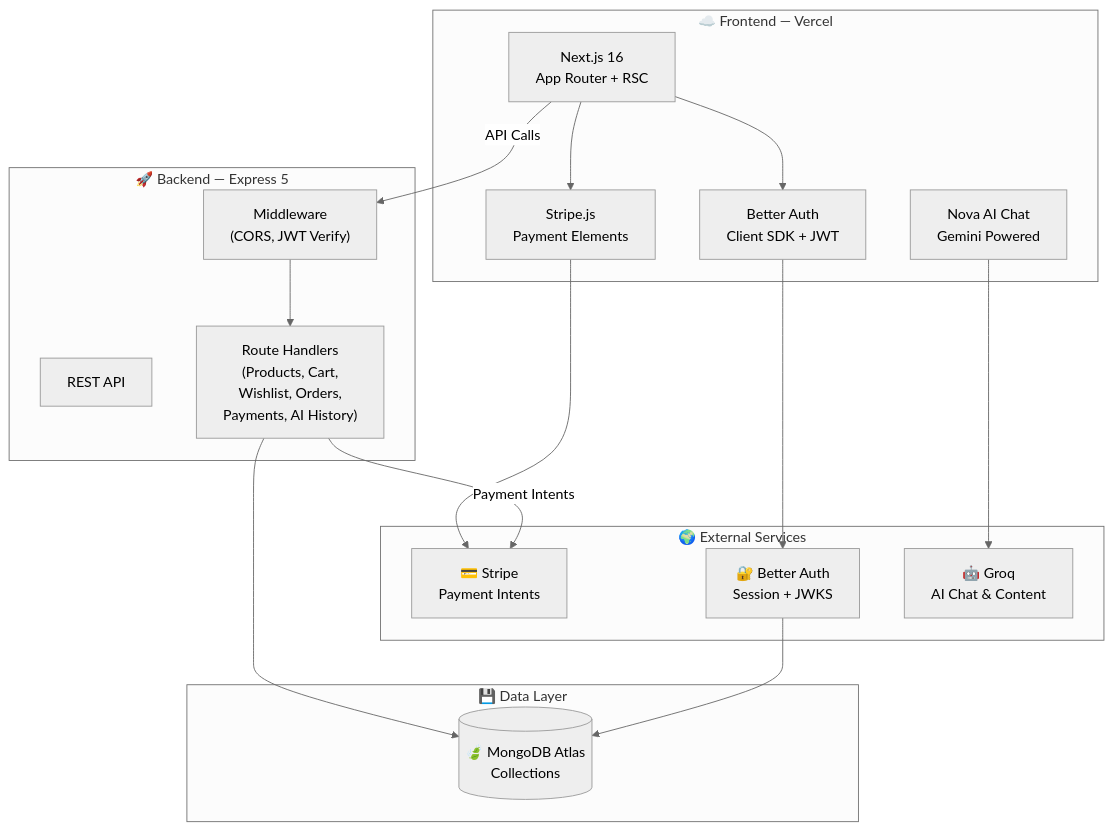
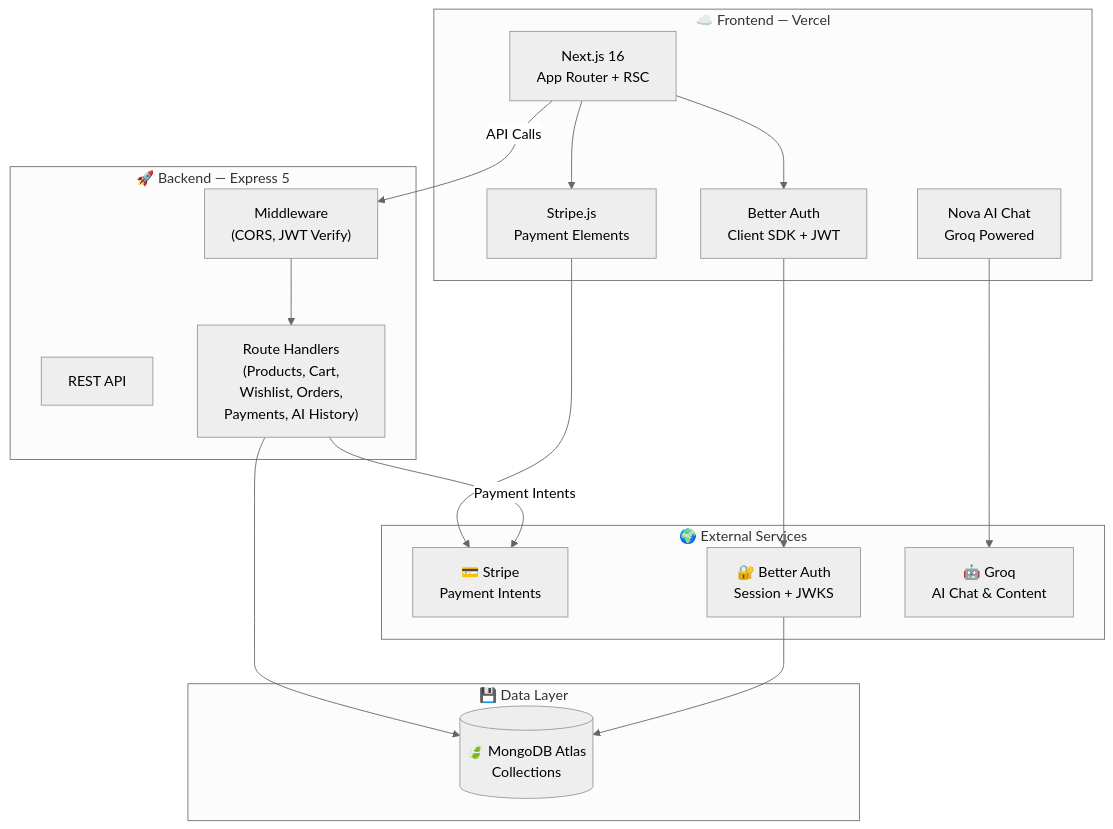
Before and after one commit to ashiqurrhmn/NovaCart-client: the diagram in README.md, drawn with Mermaid (neutral theme). The commit also changed other lines of this file, not shown here.

````diff
--- a/README.md
+++ b/README.md
@@ -216,36 +216,36 @@
 ```mermaid
 graph TB
     subgraph Client["☁️ Frontend — Vercel"]
         NextJS["Next.js 16<br/>App Router + RSC"]
         Auth["Better Auth<br/>Client SDK + JWT"]
         StripeJS["Stripe.js<br/>Payment Elements"]
-        ChatAI["Nova AI Chat<br/>Gemini Powered"]
+        ChatAI["Nova AI Chat<br/>Groq Powered"]
     end
     
     subgraph Server["🚀 Backend — Express 5"]
         API["REST API"]
         MW["Middleware<br/>(CORS, JWT Verify)"]
         Routes["Route Handlers<br/>(Products, Cart,<br/>Wishlist, Orders,<br/>Payments, AI History)"]
     end
     
     subgraph Data["💾 Data Layer"]
         DB[("🍃 MongoDB Atlas<br/>Collections")]
     end
     
     subgraph External["🌍 External Services"]
         Stripe["💳 Stripe<br/>Payment Intents"]
         BetterAuth["🔐 Better Auth<br/>Session + JWKS"]
         Groq["🤖 Groq<br/>AI Chat & Content"]
     end
     
     NextJS -->|API Calls| MW
     MW --> Routes
     Routes --> DB
     NextJS --> Auth
     Auth --> BetterAuth
     BetterAuth --> DB
     NextJS --> StripeJS
     StripeJS --> Stripe
     Routes -->|Payment Intents| Stripe
     ChatAI --> Groq
 ```
````
